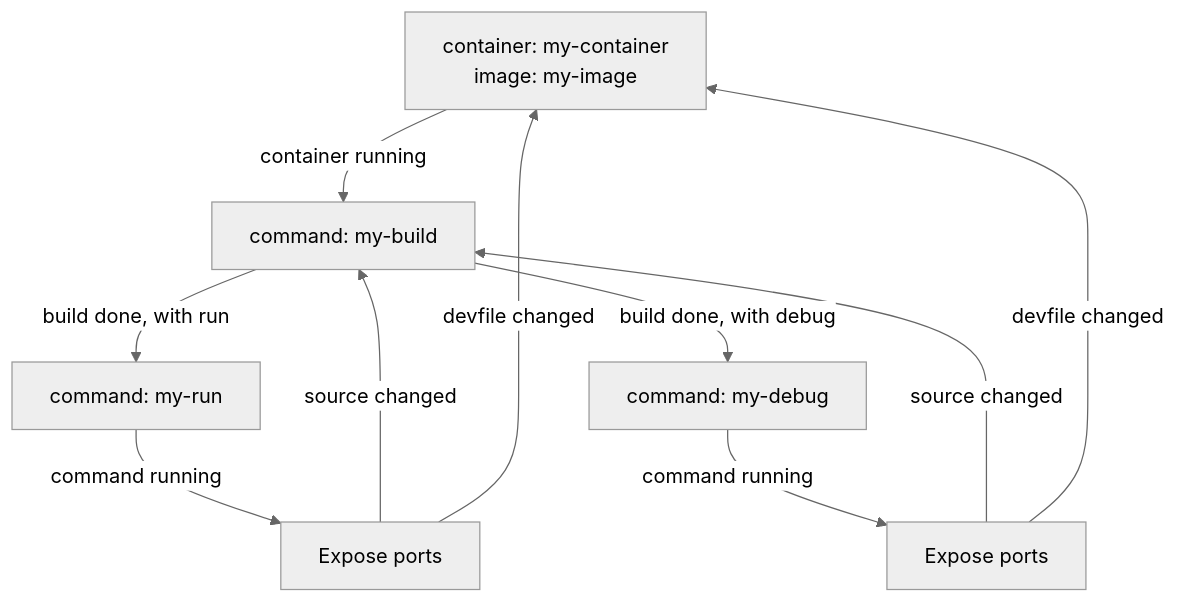
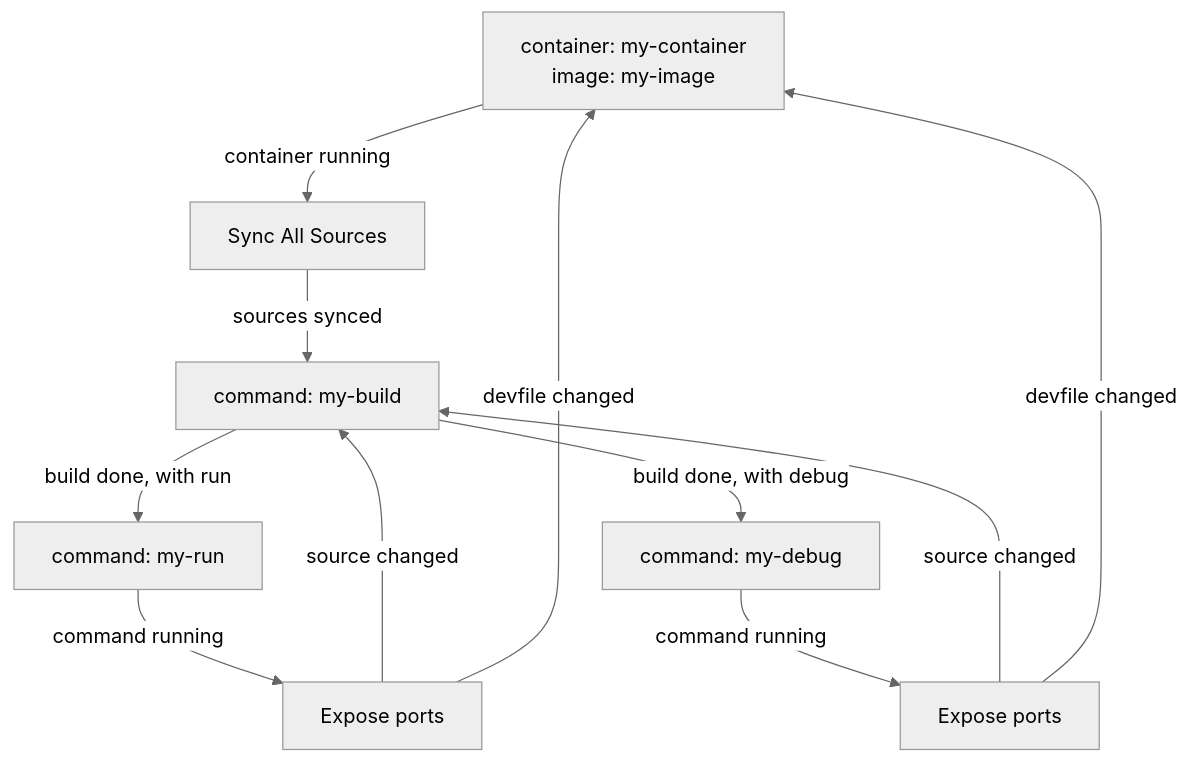
One commit to feloy/devfile-lifecycle changed the diagram in pkg/graph/graphs/container-build-run-debug.md. Above: the diagram before and after it, drawn with Mermaid (neutral theme). The commit also changed 3 other files, not shown here.

````diff
--- a/pkg/graph/graphs/container-build-run-debug.md
+++ b/pkg/graph/graphs/container-build-run-debug.md
@@ -1,18 +1,20 @@
 ```mermaid
 graph TB
 my-container["container: my-container<br/>image: my-image"]
 my-build["command: my-build"]
 my-container-my-debug-expose["Expose ports"]
 my-container-my-run-expose["Expose ports"]
 my-debug["command: my-debug"]
 my-run["command: my-run"]
-my-container -->|"container running"| my-build
+sync-all-my-container["Sync All Sources"]
+my-container -->|"container running"| sync-all-my-container
+sync-all-my-container -->|"sources synced"| my-build
 my-build -->|"build done, with run"| my-run
 my-run -->|"command running"| my-container-my-run-expose
 my-container-my-run-expose -->|"source changed"| my-build
 my-container-my-run-expose -->|"devfile changed"| my-container
 my-build -->|"build done, with debug"| my-debug
 my-debug -->|"command running"| my-container-my-debug-expose
 my-container-my-debug-expose -->|"source changed"| my-build
 my-container-my-debug-expose -->|"devfile changed"| my-container
 ```
````
